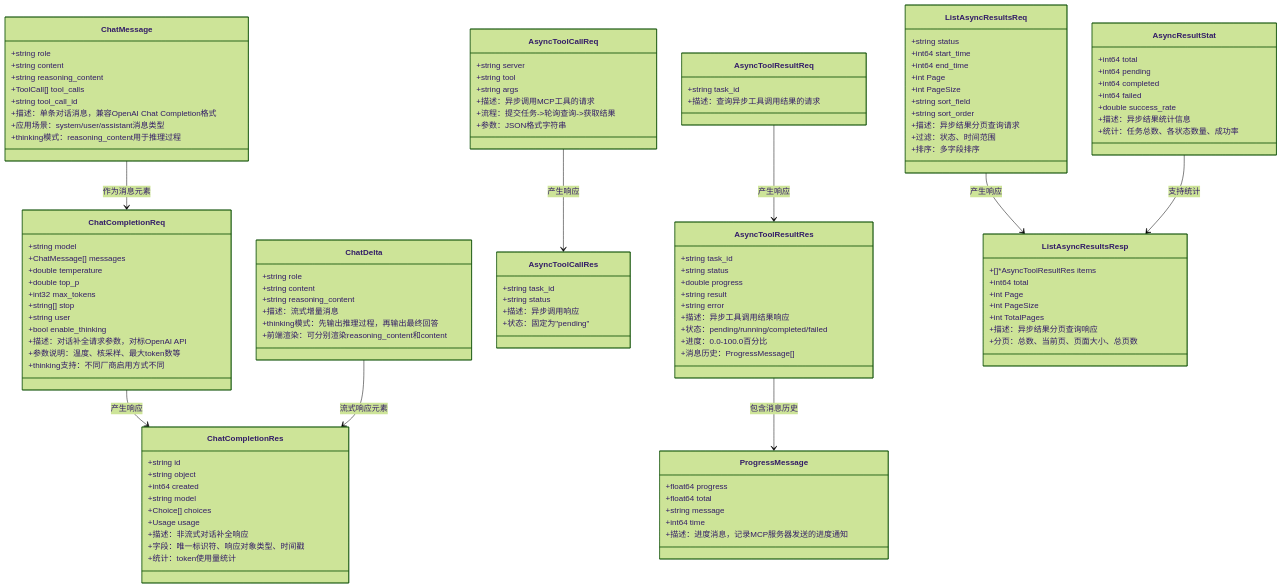
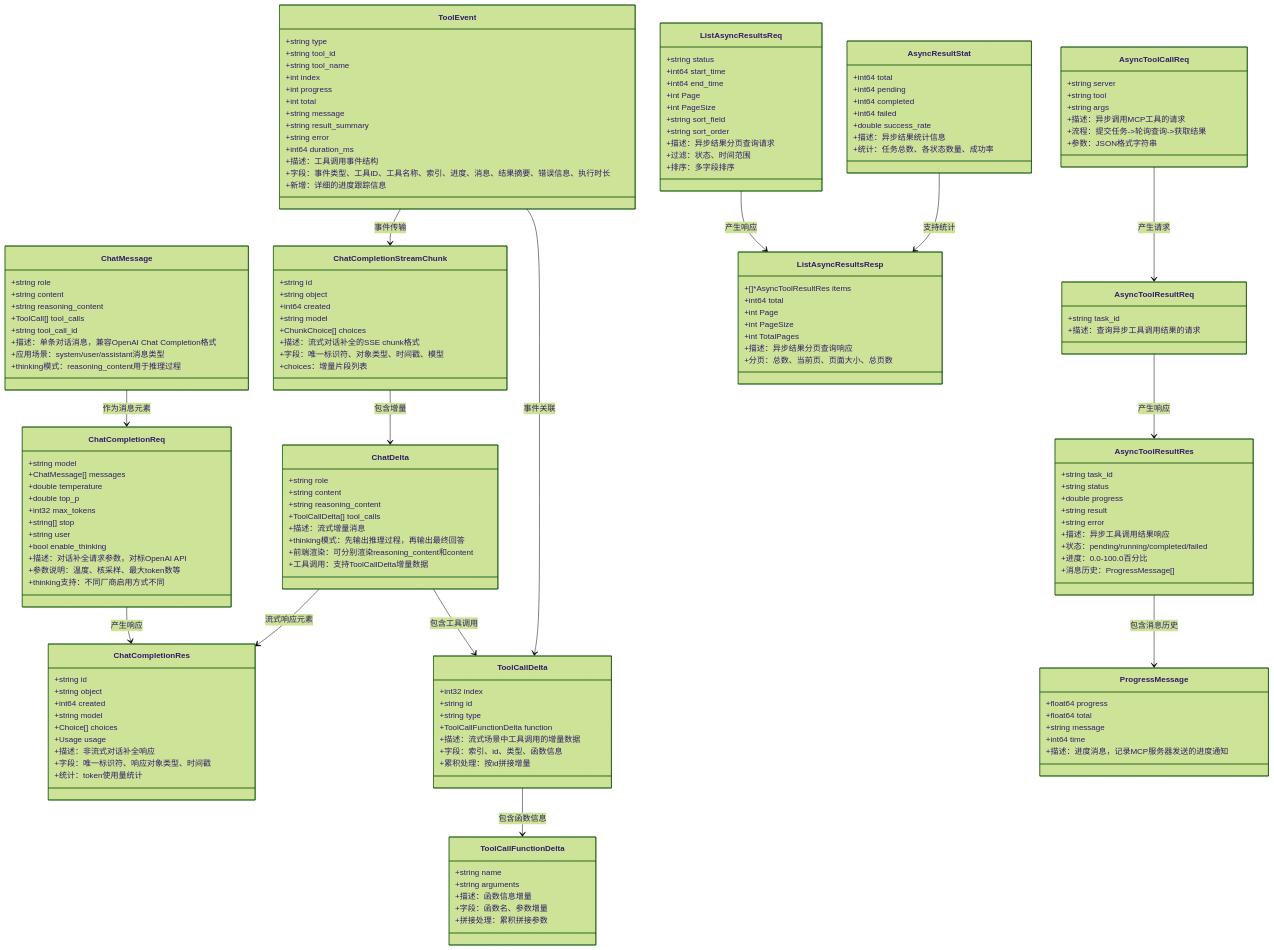
One commit to maomao94/zero-service changed the ninth of 12 diagrams in .qoder/repowiki/zh/content/核心服务详解/AI聊天服务.md. Above: the diagram before and after it, drawn with Mermaid (forest theme). The commit also changed other lines of this file and 48 other files, not shown here.

```diff
--- a/.qoder/repowiki/zh/content/核心服务详解/AI聊天服务.md
+++ b/.qoder/repowiki/zh/content/核心服务详解/AI聊天服务.md
@@ -838,9 +923,52 @@
 +string role
 +string content
 +string reasoning_content
++ToolCallDelta[] tool_calls
 +描述：流式增量消息
 +thinking模式：先输出推理过程，再输出最终回答
 +前端渲染：可分别渲染reasoning_content和content
++工具调用：支持ToolCallDelta增量数据
+}
+class ToolCallDelta {
++int32 index
++string id
++string type
++ToolCallFunctionDelta function
++描述：流式场景中工具调用的增量数据
++字段：索引、id、类型、函数信息
++累积处理：按id拼接增量
+}
+class ToolCallFunctionDelta {
++string name
++string arguments
++描述：函数信息增量
++字段：函数名、参数增量
++拼接处理：累积拼接参数
+}
+class ToolEvent {
++string type
++string tool_id
++string tool_name
++int index
++int progress
++int total
++string message
++string result_summary
++string error
++int64 duration_ms
++描述：工具调用事件结构
++字段：事件类型、工具ID、工具名称、索引、进度、消息、结果摘要、错误信息、执行时长
++新增：详细的进度跟踪信息
+}
+class ChatCompletionStreamChunk {
++string id
++string object
++int64 created
++string model
++ChunkChoice[] choices
++描述：流式对话补全的SSE chunk格式
++字段：唯一标识符、对象类型、时间戳、模型
++choices：增量片段列表
 }
 class AsyncToolCallReq {
 +string server
@@ -849,12 +977,6 @@
 +描述：异步调用MCP工具的请求
 +流程：提交任务->轮询查询->获取结果
 +参数：JSON格式字符串
-}
-class AsyncToolCallRes {
-+string task_id
-+string status
-+描述：异步调用响应
-+状态：固定为"pending"
 }
 class AsyncToolResultReq {
 +string task_id
@@ -911,7 +1033,12 @@
 ChatMessage --> ChatCompletionReq : 作为消息元素
 ChatCompletionReq --> ChatCompletionRes : 产生响应
 ChatDelta --> ChatCompletionRes : 流式响应元素
-AsyncToolCallReq --> AsyncToolCallRes : 产生响应
+ChatDelta --> ToolCallDelta : 包含工具调用
+ToolCallDelta --> ToolCallFunctionDelta : 包含函数信息
+ToolEvent --> ChatCompletionStreamChunk : 事件传输
+ToolEvent --> ToolCallDelta : 事件关联
+ChatCompletionStreamChunk --> ChatDelta : 包含增量
+AsyncToolCallReq --> AsyncToolResultReq : 产生请求
 AsyncToolResultReq --> AsyncToolResultRes : 产生响应
 AsyncToolResultRes --> ProgressMessage : 包含消息历史
 ListAsyncResultsReq --> ListAsyncResultsResp : 产生响应
```
